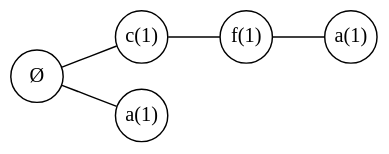
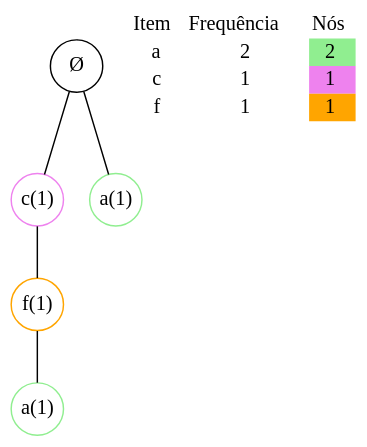
Before and after one commit to gahag-notes/descriptive-learning: the third of 11 diagrams in notebook.org, drawn with Graphviz. The commit also changed other lines of this file and 11 other files, not shown here.

```diff
--- a/notebook.org
+++ b/notebook.org
@@ -363,17 +360,29 @@
        #+begin_src dot :file images/fp-tree-3.svg
          graph g {
-           graph [ bgcolor = transparent, rankdir = LR ]
+           graph [ bgcolor = transparent ]
            node [ shape=circle, margin = 0 ]
-   
+
            root [ label = Ø ];
-           c1 [ label = "c(1)" ]
-           f1 [ label = "f(1)" ]
-           a1 [ label = "a(1)" ]
-           a2 [ label = "a(1)" ]
-   
+           c1 [ label = "c(1)", color = violet ]
+           f1 [ label = "f(1)", color = orange ]
+           a1 [ label = "a(1)", color = lightgreen ]
+           a2 [ label = "a(1)", color = lightgreen ]
+
+           tbl [
+             shape = plaintext
+             label = <
+               <table border='0' cellspacing='0'>
+                 <tr><td>Item</td><td>Frequência</td><td>Nós</td></tr>
+                 <tr><td>a</td><td>2</td><td bgcolor='lightgreen'>2</td></tr>
+                 <tr><td>c</td><td>1</td><td bgcolor='violet'>1</td></tr>
+                 <tr><td>f</td><td>1</td><td bgcolor='orange'>1</td></tr>
+               </table>
+             >
+           ]
+
            root -- c1
            c1 -- f1
            f1 -- a1
            root -- a2
          }
        #+end_src
```
